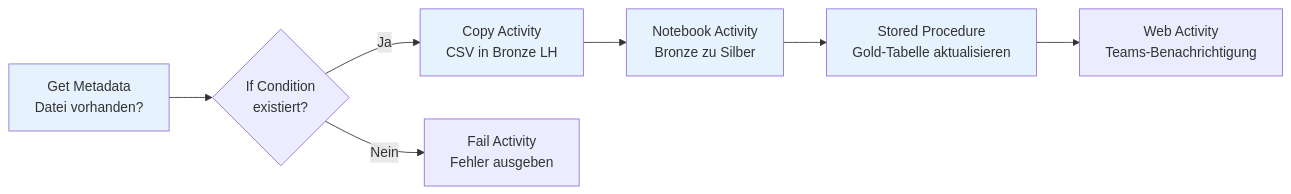
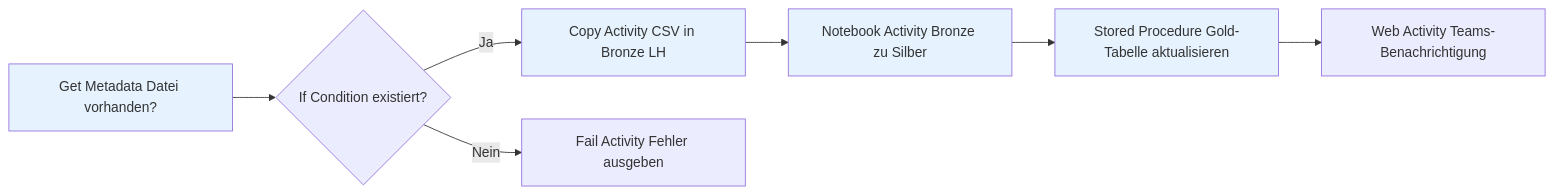
Before and after one commit to SoniiiT/notes-n-docs: the second of 7 diagrams in Microsoft 365/Azure/Fabric/Fabric Data Factory.md, drawn with Mermaid. The commit also changed other lines of this file and 124 other files, not shown here.

First line of the commit message:
fix: Entferne \n aus allen Mermaid-Diagrammen (125 Dateien)

````diff
--- a/Microsoft 365/Azure/Fabric/Fabric Data Factory.md
+++ b/Microsoft 365/Azure/Fabric/Fabric Data Factory.md
@@ -78,14 +78,14 @@
 ```mermaid
 graph LR
-    GM[Get Metadata\nDatei vorhanden?] --> IF{If Condition\nexistiert?}
-    IF -->|Ja| CP[Copy Activity\nCSV in Bronze LH]
-    IF -->|Nein| FAIL[Fail Activity\nFehler ausgeben]
-    CP --> NB[Notebook Activity\nBronze zu Silber]
-    NB --> SP[Stored Procedure\nGold-Tabelle aktualisieren]
-    SP --> WEB[Web Activity\nTeams-Benachrichtigung]
+    GM[Get Metadata Datei vorhanden?] --> IF{If Condition existiert?}
+    IF -->|Ja| CP[Copy Activity CSV in Bronze LH]
+    IF -->|Nein| FAIL[Fail Activity Fehler ausgeben]
+    CP --> NB[Notebook Activity Bronze zu Silber]
+    NB --> SP[Stored Procedure Gold-Tabelle aktualisieren]
+    SP --> WEB[Web Activity Teams-Benachrichtigung]
     
     style GM fill:#e6f3ff
     style CP fill:#e6f3ff
     style NB fill:#e6f3ff
     style SP fill:#e6f3ff
 ```
````
